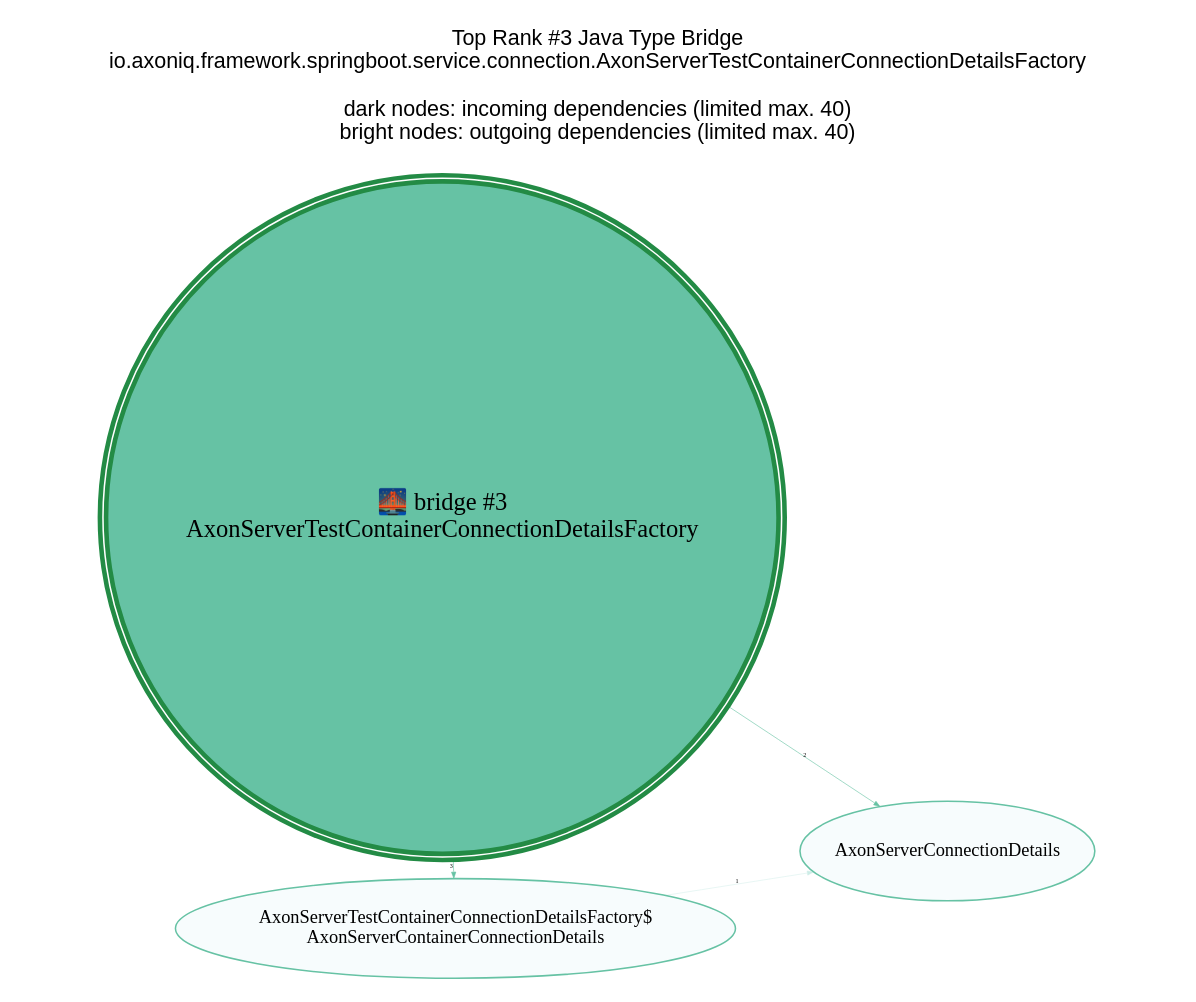
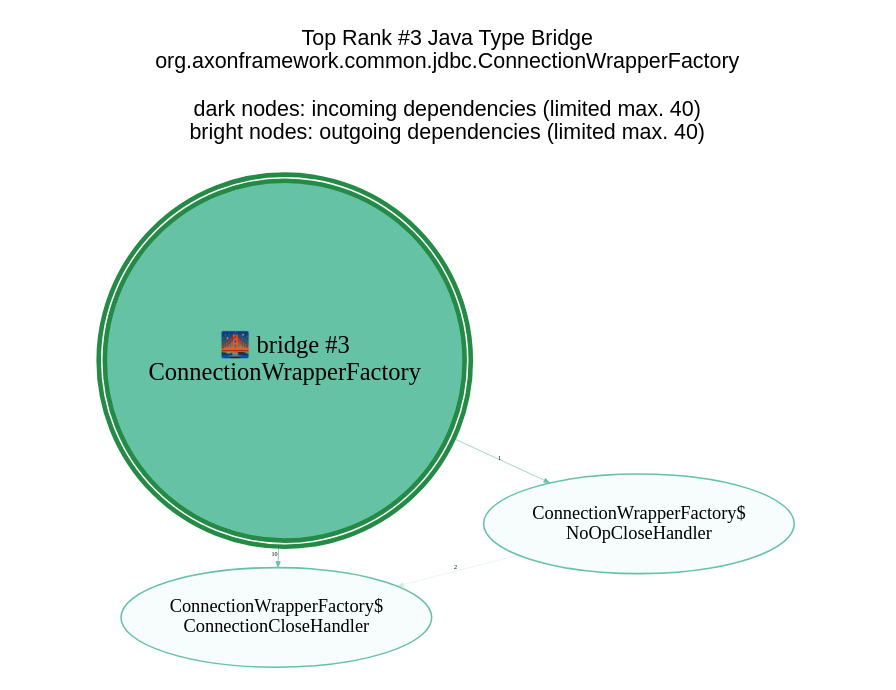
The diagram in analysis-results/AxonFramework/latest/anomaly-detection/Java_Type/GraphVisualizations/graphviz/TopBridge3.gv (JohT/code-graph-analysis-examples), drawn with Graphviz before and after one commit. The commit also changed 505 other files, not shown here.

```diff
--- a/analysis-results/AxonFramework/latest/anomaly-detection/Java_Type/GraphVisualizations/graphviz/TopBridge3.gv
+++ b/analysis-results/AxonFramework/latest/anomaly-detection/Java_Type/GraphVisualizations/graphviz/TopBridge3.gv
@@ -1,20 +1,20 @@
 // This GraphViz dot file was generated by the script convertQueryResultCsvToGraphVizDotFile.sh with TopCentral.template
 
 strict digraph TopBridge3 {
     graph [layout = "fdp"; start = "7"; splines = "spline"; pad = "0.8,0.1"; outputorder = "edgesfirst";];
     graph [fontname = "Helvetica,Arial,sans-serif"; labelloc = "t";];
     node [colorscheme = "bugn9"; color = 6; fillcolor = 3;];
     edge [colorscheme = "bugn9"; color = 7;];
     node [fontsize = 12; style = "filled"; margin = "0.03,0.03"; width="1.3"; height="0.9";];
     edge [fontsize = 4; arrowsize = "0.4";];
 
     central [shape = "doublecircle"; height = "2.0"; margin = "0.000001,0.000001";];
     central [fontsize = 16;];
     central [color = 7; fillcolor = 5; penwidth = 3;];
 
-	graph   [label="Top Rank #3 Java Type Bridge\nio.axoniq.framework.springboot.service.connection.AxonServerTestContainerConnectionDetailsFactory\n\ndark nodes: incoming dependencies (limited max. 40)\nbright nodes: outgoing dependencies (limited max. 40)\n\n"];
-	central [label="🌉 bridge #3\nAxonServerTestContainerConnectionDetailsFactory"];
-	"AxonServerTestContainerConnectionDetailsFactory$AxonServerContainerConnectionDetails_30983" [label = "AxonServerTestContainerConnectionDetailsFactory$\nAxonServerContainerConnectionDetails"; color = 5; fillcolor = 1; ]; central -> "AxonServerTestContainerConnectionDetailsFactory$AxonServerContainerConnectionDetails_30983" [label=3; weight=3; penwidth=0.4; color = 5];
-	"AxonServerConnectionDetails_31103" [label = "AxonServerConnectionDetails"; color = 5; fillcolor = 1; ]; central -> "AxonServerConnectionDetails_31103" [label=2; weight=2; penwidth=0.4; color = 5];
-	"AxonServerTestContainerConnectionDetailsFactory$AxonServerContainerConnectionDetails_30983" -> "AxonServerConnectionDetails_31103" [label=1; weight=1; penwidth=0.3; color = 3]
+	graph   [label="Top Rank #3 Java Type Bridge\norg.axonframework.common.jdbc.ConnectionWrapperFactory\n\ndark nodes: incoming dependencies (limited max. 40)\nbright nodes: outgoing dependencies (limited max. 40)\n\n"];
+	central [label="🌉 bridge #3\nConnectionWrapperFactory"];
+	"ConnectionWrapperFactory$ConnectionCloseHandler_41721" [label = "ConnectionWrapperFactory$\nConnectionCloseHandler"; color = 5; fillcolor = 1; ]; central -> "ConnectionWrapperFactory$ConnectionCloseHandler_41721" [label=10; weight=10; penwidth=0.5; color = 5];
+	"ConnectionWrapperFactory$NoOpCloseHandler_41221" [label = "ConnectionWrapperFactory$\nNoOpCloseHandler"; color = 5; fillcolor = 1; ]; central -> "ConnectionWrapperFactory$NoOpCloseHandler_41221" [label=1; weight=1; penwidth=0.4; color = 5];
+	"ConnectionWrapperFactory$NoOpCloseHandler_41221" -> "ConnectionWrapperFactory$ConnectionCloseHandler_41721" [label=2; weight=2; penwidth=0.3; color = 3]
 }
```
